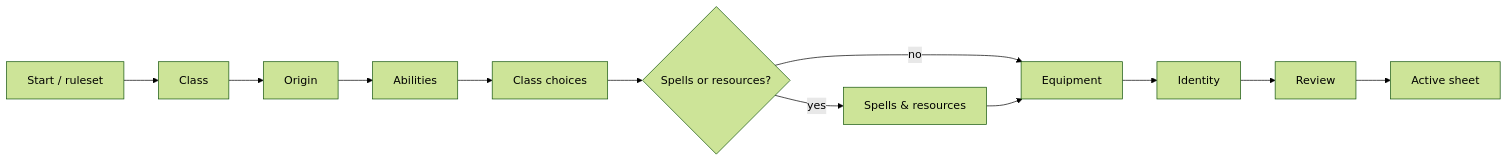
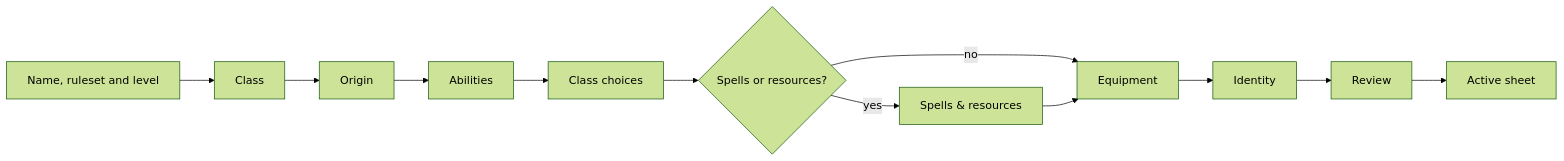
The first of 2 diagrams in docs/product/CHARACTER_CREATION_FLOW.md (Algolon/adventurer-ledger), drawn with Mermaid (forest theme) before and after one commit. The commit also changed other lines of this file and 40 other files, not shown here.

````diff
--- a/docs/product/CHARACTER_CREATION_FLOW.md
+++ b/docs/product/CHARACTER_CREATION_FLOW.md
@@ -26,14 +26,14 @@
 ```mermaid
 flowchart LR
-  S["Start / ruleset"] --> C["Class"]
+  S["Name, ruleset and level"] --> C["Class"]
   C --> O["Origin"]
   O --> A["Abilities"]
   A --> CC["Class choices"]
   CC --> SR{"Spells or resources?"}
   SR -->|yes| SP["Spells & resources"]
   SR -->|no| E["Equipment"]
   SP --> E
   E --> I["Identity"]
   I --> R["Review"]
   R --> SH["Active sheet"]
 ```
````
